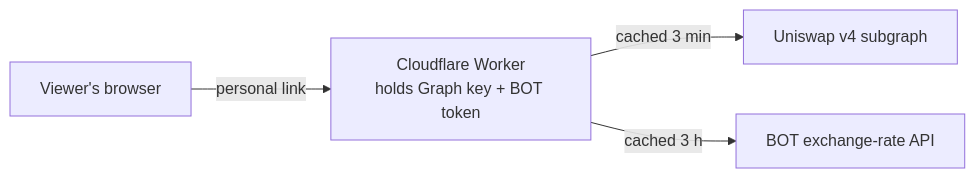
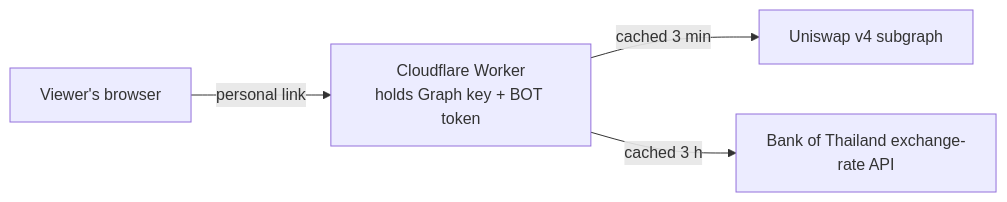
The first of 2 diagrams in shared-dashboard/README.md (jamesliew-abc/uniswap-lp-price), drawn with Mermaid before and after one commit. The commit also changed other lines of this file and 11 other files, not shown here.

First line of the commit message:
Shared dashboard: Deviation history tab, Telegram alerts, "Bank Rate" naming

````diff
--- a/shared-dashboard/README.md
+++ b/shared-dashboard/README.md
@@ -9,6 +9,6 @@
 ```mermaid
 flowchart LR
     V[Viewer's browser] -->|personal link| W[Cloudflare Worker<br/>holds Graph key + BOT token]
     W -->|cached 3 min| G[Uniswap v4 subgraph]
-    W -->|cached 3 h| B[BOT exchange-rate API]
+    W -->|cached 3 h| B[Bank of Thailand exchange-rate API]
 ```
````
